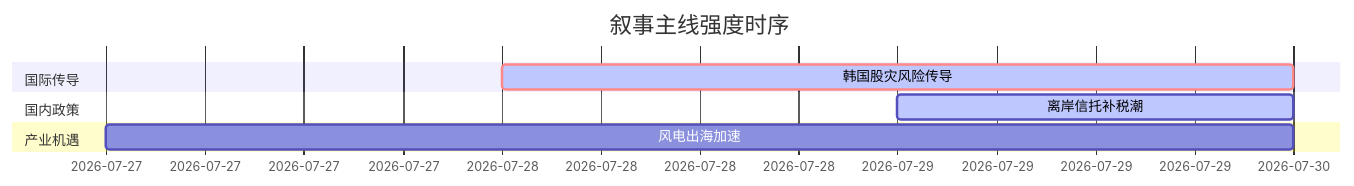
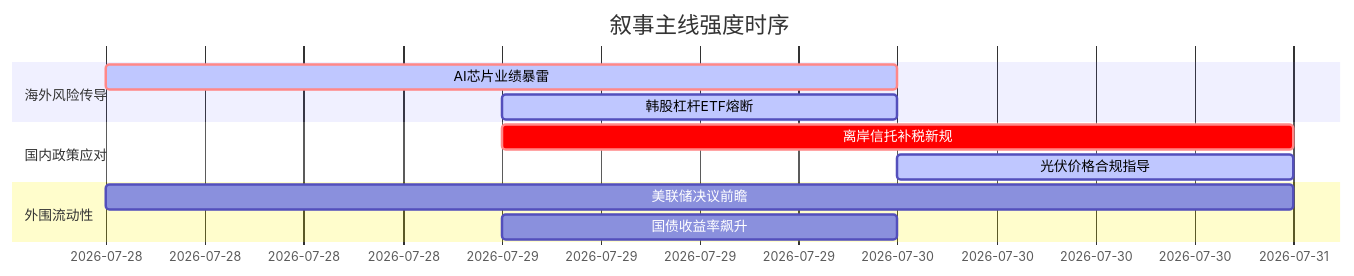
The diagram in 5day_report.md (uu5zn/uu5zn.github.io), drawn with Mermaid before and after one commit. The commit also changed other lines of this file and 25 other files, not shown here.

````diff
--- a/5day_report.md
+++ b/5day_report.md
@@ -56,13 +56,16 @@
 ```mermaid
 gantt
     title 叙事主线强度时序
     dateFormat  YYYY-MM-DD
-    section 国际传导
-    韩国股灾风险传导   :crit, active, 2026-07-28, 2d
+    section 海外风险传导
+    AI芯片业绩暴雷   :crit, active, 2026-07-28, 2d
+    韩股杠杆ETF熔断  :active, 2026-07-29, 1d
     
-    section 国内政策
-    离岸信托补税潮     :active, 2026-07-29, 1d
+    section 国内政策应对
+    离岸信托补税新规 :crit, 2026-07-29, 2d
+    光伏价格合规指导 :active, 2026-07-30, 1d
     
-    section 产业机遇
-    风电出海加速       :2026-07-27, 3d
+    section 外围流动性
+    美联储决议前瞻   :2026-07-28, 3d
+    国债收益率飙升   :2026-07-29, 1d
 ```
````
